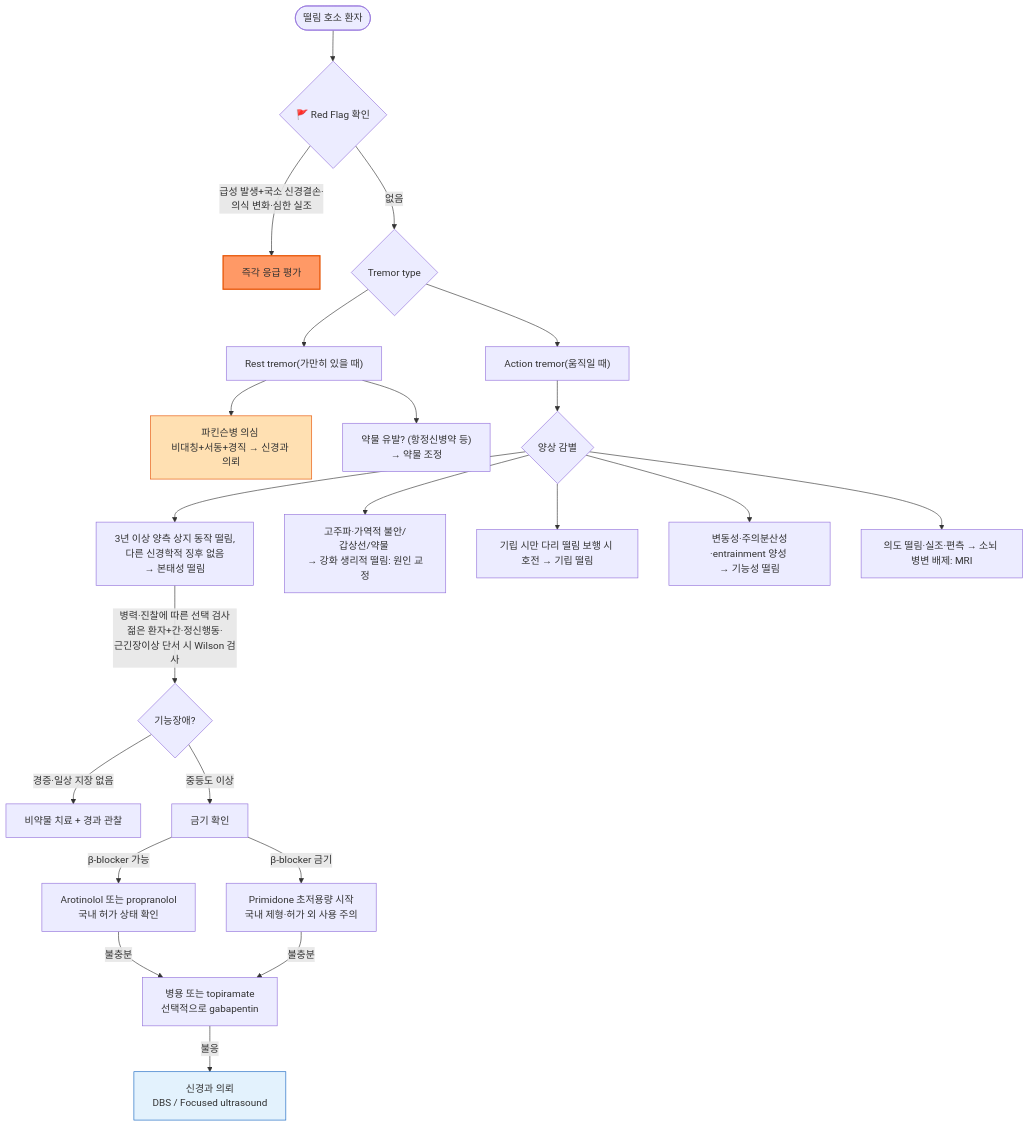
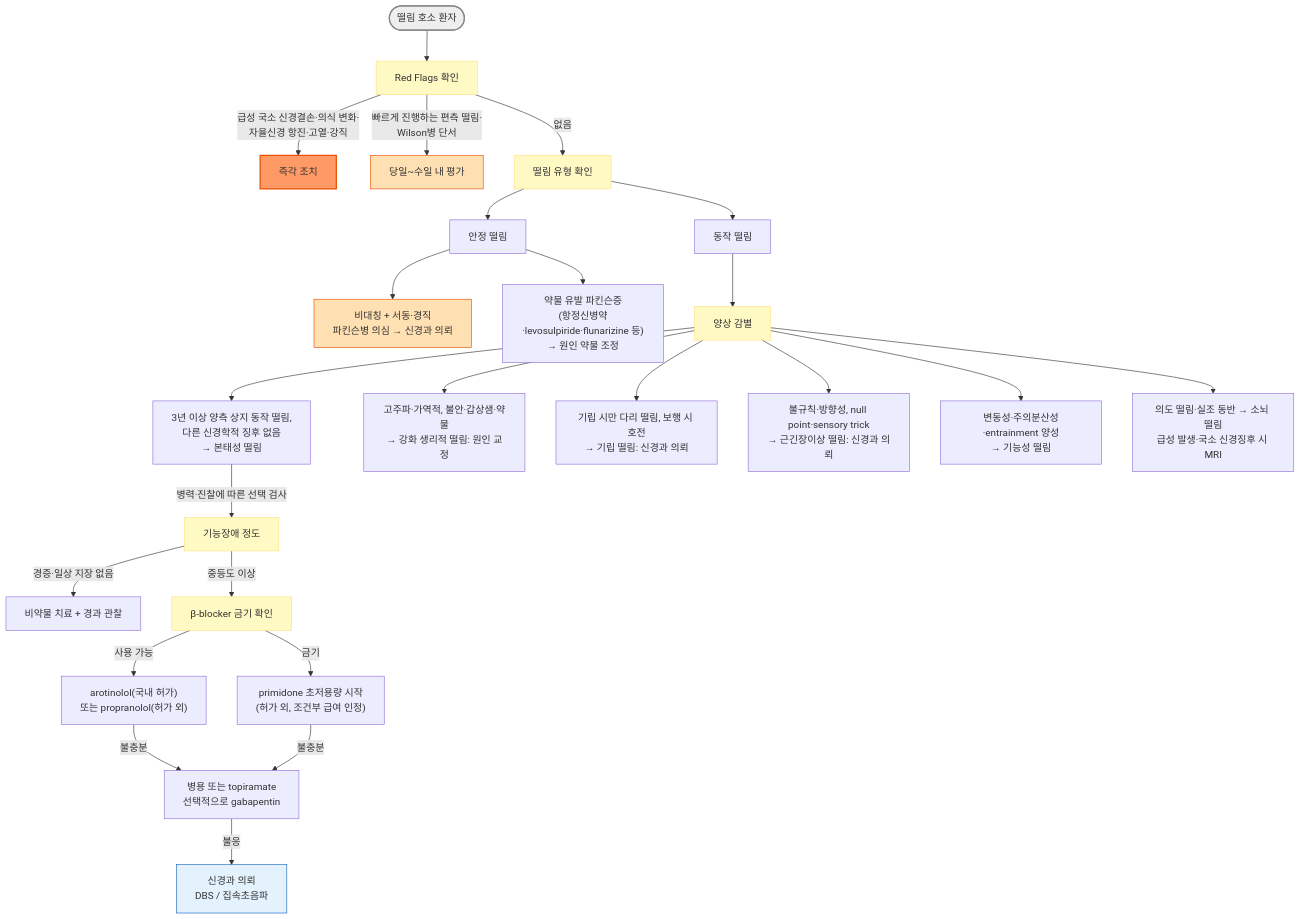
One commit to familyoh77/familyoh77 changed the diagram in 221_/034_-tremor.md. Above: the diagram before and after it, drawn with Mermaid. The commit also changed other lines of this file and 2 other files, not shown here.

````diff
--- a/221_/034_-tremor.md
+++ b/221_/034_-tremor.md
@@ -149,32 +165,41 @@
 ```mermaid
 flowchart TD
-    A([떨림 호소 환자]) --> B{🚩 Red Flag 확인}
-    B -- "급성 발생+국소 신경결손·<br/>의식 변화·심한 실조" --> C[즉각 응급 평가]
-    B -- 없음 --> D{Tremor type}
+    A(["떨림 호소 환자"]) --> B["Red Flags 확인"]
+    B -- "급성 국소 신경결손·의식 변화·<br/>자율신경 항진·고열·강직" --> C["즉각 조치"]
+    B -- "빠르게 진행하는 편측 떨림·<br/>Wilson병 단서" --> C2["당일~수일 내 평가"]
+    B -- "없음" --> D["떨림 유형 확인"]
 
-    D --> E["Rest tremor(가만히 있을 때)"]
-    D --> F["Action tremor(움직일 때)"]
+    D --> E["안정 떨림"]
+    D --> F["동작 떨림"]
 
-    E --> G["파킨슨병 의심 <br/>비대칭+서동+경직 → 신경과 의뢰"]
-    E --> H["약물 유발? (항정신병약 등) <br/>→ 약물 조정"]
+    E --> G["비대칭 + 서동·경직<br/>파킨슨병 의심 → 신경과 의뢰"]
+    E --> H["약물 유발 파킨슨증<br/>(항정신병약·levosulpiride·flunarizine 등)<br/>→ 원인 약물 조정"]
 
-    F --> I{양상 감별}
+    F --> I["양상 감별"]
     I --> J["3년 이상 양측 상지 동작 떨림,<br/>다른 신경학적 징후 없음<br/>→ 본태성 떨림"]
-    I --> K["고주파·가역적 불안/<br/>갑상선/약물 <br/>→ 강화 생리적 떨림: 원인 교정"]
-    I --> L["기립 시만 다리 떨림 보행 시 호전 → 기립 떨림"]
-    I --> M["변동성·주의분산성·entrainment 양성 <br/>→ 기능성 떨림"]
-    I --> N["의도 떨림·실조·편측 → 소뇌 병변 배제: MRI"]
+    I --> K["고주파·가역적, 불안·갑상샘·약물<br/>→ 강화 생리적 떨림: 원인 교정"]
+    I --> L["기립 시만 다리 떨림, 보행 시 호전<br/>→ 기립 떨림: 신경과 의뢰"]
+    I --> L2["불규칙·방향성, null point·sensory trick<br/>→ 근긴장이상 떨림: 신경과 의뢰"]
+    I --> M["변동성·주의분산성·entrainment 양성<br/>→ 기능성 떨림"]
+    I --> N["의도 떨림·실조 동반 → 소뇌 떨림<br/>급성 발생·국소 신경징후 시 MRI"]
 
-    J --"병력·진찰에 따른 선택 검사<br/>젊은 환자+간·정신행동·<br/>근긴장이상 단서 시 Wilson 검사"--> P{기능장애?}
-    P -- "경증·일상 지장 없음" --> Q[비약물 치료 + 경과 관찰]
-    P -- "중등도 이상" --> R[금기 확인]
-    R -- "β-blocker 가능" --> S["Arotinolol 또는 propranolol<br/>국내 허가 상태 확인"]
-    R -- "β-blocker 금기" --> T["Primidone 초저용량 시작<br/>국내 제형·허가 외 사용 주의"]
-    S -- 불충분 --> U["병용 또는 topiramate<br/>선택적으로 gabapentin"]
-    T -- 불충분 --> U
-    U -- 불응 --> V["신경과 의뢰 <br/>DBS / Focused ultrasound"]
+    J -- "병력·진찰에 따른 선택 검사" --> P["기능장애 정도"]
+    P -- "경증·일상 지장 없음" --> Q["비약물 치료 + 경과 관찰"]
+    P -- "중등도 이상" --> R["β-blocker 금기 확인"]
+    R -- "사용 가능" --> S["arotinolol(국내 허가)<br/>또는 propranolol(허가 외)"]
+    R -- "금기" --> T["primidone 초저용량 시작<br/>(허가 외, 조건부 급여 인정)"]
+    S -- "불충분" --> U["병용 또는 topiramate<br/>선택적으로 gabapentin"]
+    T -- "불충분" --> U
+    U -- "불응" --> V["신경과 의뢰<br/>DBS / 집속초음파"]
 
+    style A fill:#eeeeee,stroke:#888888,stroke-width:2px
+    style B fill:#fff9c4,stroke:#ffe082
+    style D fill:#fff9c4,stroke:#ffe082
+    style I fill:#fff9c4,stroke:#ffe082
+    style P fill:#fff9c4,stroke:#ffe082
+    style R fill:#fff9c4,stroke:#ffe082
     style C fill:#f96,stroke:#e65100,stroke-width:2px
+    style C2 fill:#ffe0b2,stroke:#e65100
     style G fill:#ffe0b2,stroke:#e65100
     style V fill:#e3f2fd,stroke:#1565c0
 ```
````
